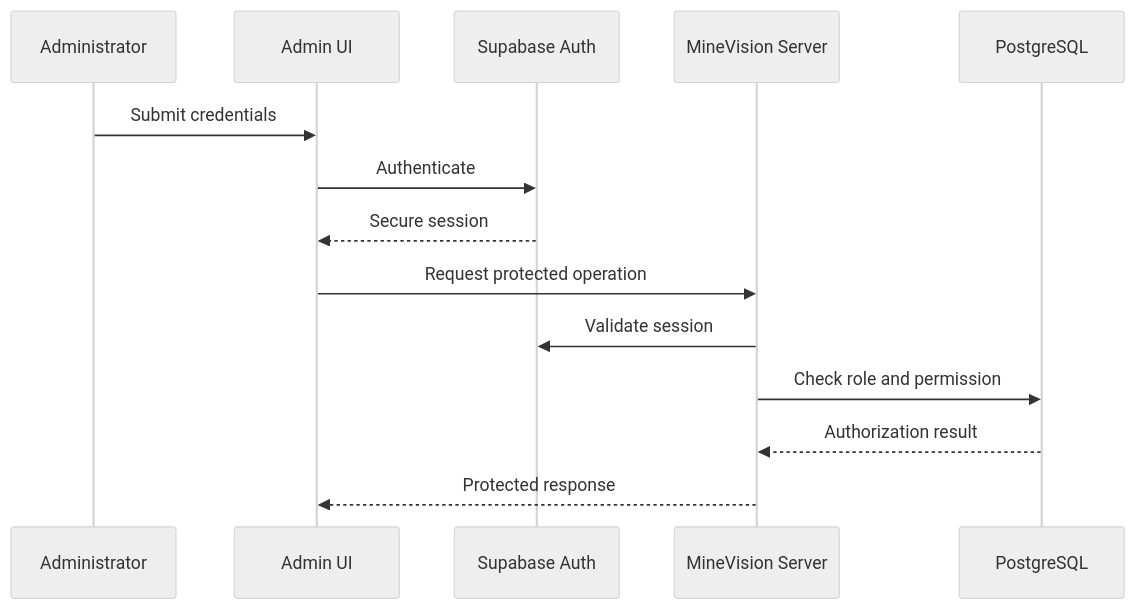
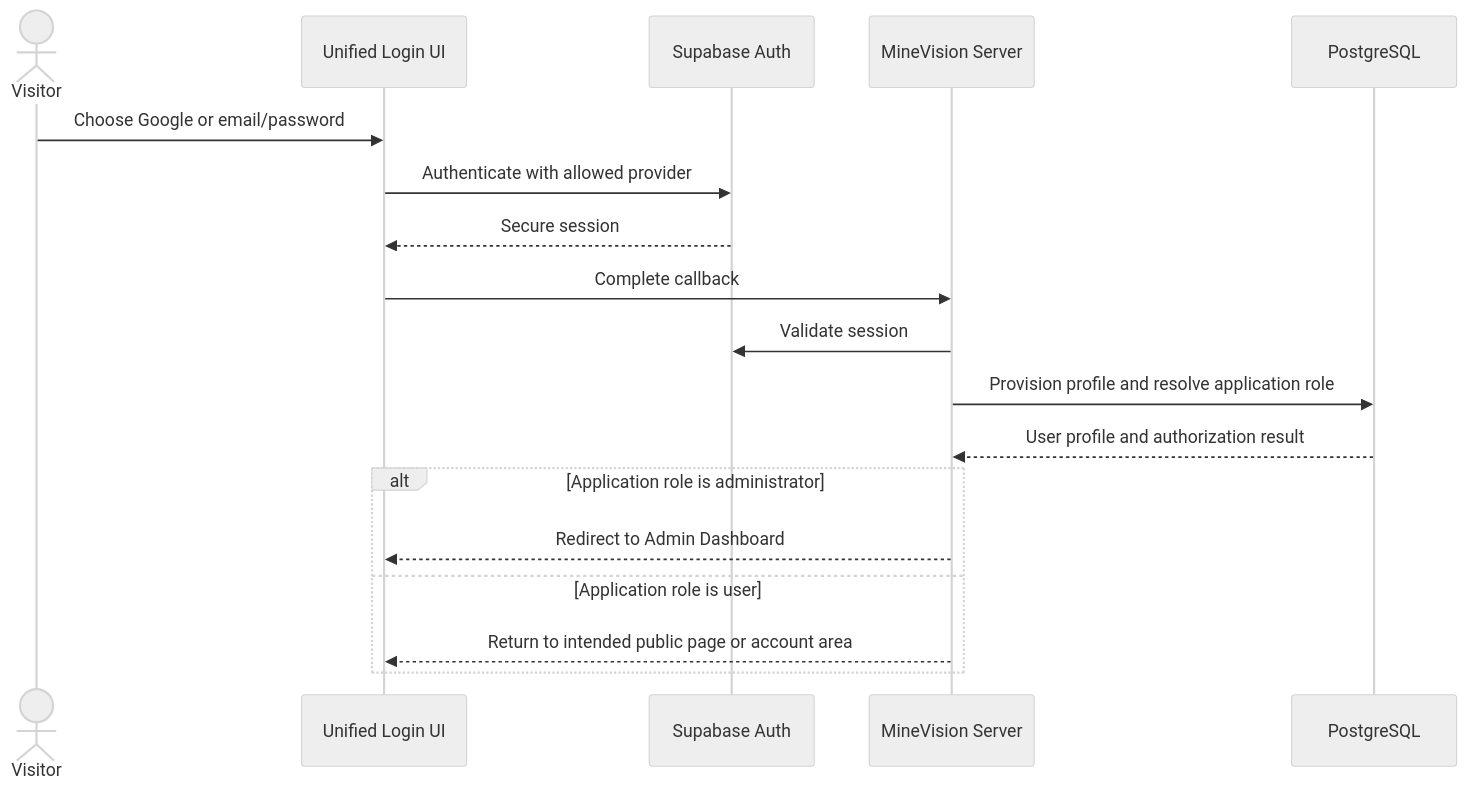
The sixth of 10 diagrams in ARCHITECTURE.md (FachriAthallah/minevision-platform), drawn with Mermaid (neutral theme) before and after one commit. The commit also changed other lines of this file and 8 other files, not shown here.

````diff
--- a/ARCHITECTURE.md
+++ b/ARCHITECTURE.md
@@ -898,17 +927,21 @@
 ```mermaid
 sequenceDiagram
-    participant A as Administrator
-    participant UI as Admin UI
+    actor Visitor
+    participant UI as Unified Login UI
     participant Auth as Supabase Auth
     participant S as MineVision Server
     participant DB as PostgreSQL
 
-    A->>UI: Submit credentials
-    UI->>Auth: Authenticate
+    Visitor->>UI: Choose Google or email/password
+    UI->>Auth: Authenticate with allowed provider
     Auth-->>UI: Secure session
-    UI->>S: Request protected operation
+    UI->>S: Complete callback
     S->>Auth: Validate session
-    S->>DB: Check role and permission
-    DB-->>S: Authorization result
-    S-->>UI: Protected response
+    S->>DB: Provision profile and resolve application role
+    DB-->>S: User profile and authorization result
+    alt Application role is administrator
+        S-->>UI: Redirect to Admin Dashboard
+    else Application role is user
+        S-->>UI: Return to intended public page or account area
+    end
 ```
````
